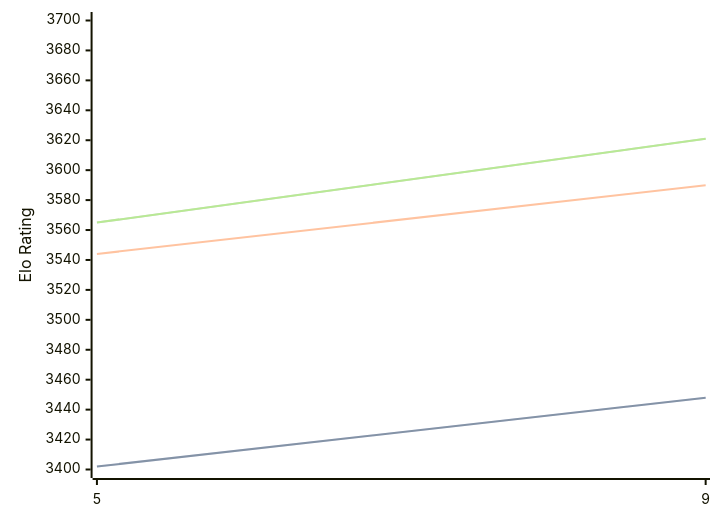
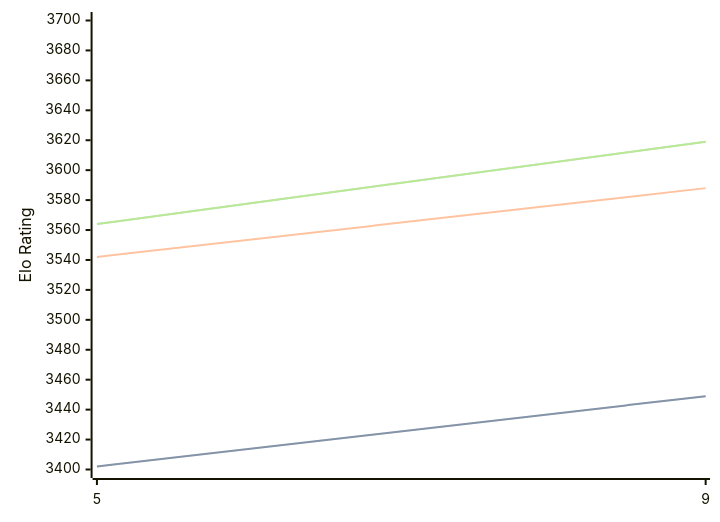
One commit to computer-chess-index/cci changed the diagram in engines/Crystal.md. Above: the diagram before and after it, drawn with Mermaid. The commit also changed other lines of this file, not shown here.

Commit message:
Update CCI Ratings (ELO VLTC) - 2026-03-23

````diff
--- a/engines/Crystal.md
+++ b/engines/Crystal.md
@@ -60,11 +60,11 @@
 ```mermaid
 %%{init: {"theme":"base","themeVariables":{"seriesColors:['#a3a3a3','#222221','#faa371']}}}%%
 xychart-beta
   x-axis ["5", "9"]
   y-axis "Elo Rating" 3400 --> 3700
-  line "STC (8.0+0.08s)" [3402, 3448]
-  line "STC (8.0+0.08s)" [3402, 3448]
-  line "LTC (60.0+0.60s)" [3544, 3590]
-  line "VLTC (2m24s+1.12s)" [3565, 3621]
-  line "VLTC (2m24s+1.12s)" [3565, 3621]
+  line "STC (8.0+0.08s)" [3402, 3449]
+  line "STC (8.0+0.08s)" [3402, 3449]
+  line "LTC (60.0+0.60s)" [3542, 3588]
+  line "VLTC (2m24s+1.12s)" [3564, 3619]
+  line "VLTC (2m24s+1.12s)" [3564, 3619]
 ```
````
